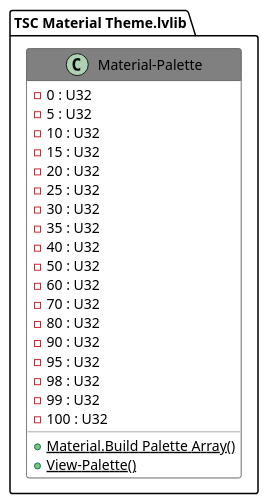
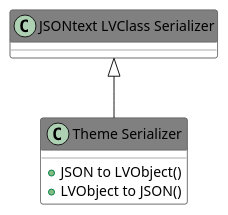
The diagram in _documentation/Includes/005.adoc (danielcoons/tsc-material-theme), drawn with PlantUML before and after one commit. The commit also changed other lines of this file and 90 other files, not shown here.

```diff
--- a/_documentation/Includes/005.adoc
+++ b/_documentation/Includes/005.adoc
@@ -10,38 +10,21 @@
 [plantuml, format="svg", align="center"]
 ....
 @startuml
 set namespaceSeparator :
 skinparam ClassBackgroundColor #FFFFFF
 skinparam ClassBorderColor #555555
 skinparam ClassFontColor #000000
 skinparam ClassHeaderBackgroundColor #808080
 
 skinparam top to bottom direction
-class "TSC Material Theme.lvlib:Material-Palette" {
-{field} -0 : U32
-{field} -5 : U32
-{field} -10 : U32
-{field} -15 : U32
-{field} -20 : U32
-{field} -25 : U32
-{field} -30 : U32
-{field} -35 : U32
-{field} -40 : U32
-{field} -50 : U32
-{field} -60 : U32
-{field} -70 : U32
-{field} -80 : U32
-{field} -90 : U32
-{field} -95 : U32
-{field} -98 : U32
-{field} -99 : U32
-{field} -100 : U32
-{static} {method} +Material.Build Palette Array()
-{static} {method} +View-Palette()
+class "Theme Serializer" {
+{method} +JSON to LVObject()
+{method} +LVObject to JSON()
 
 }
+"JSONtext LVClass Serializer" <|-- "Theme Serializer"
 
 
 
 @enduml
 ....
```
